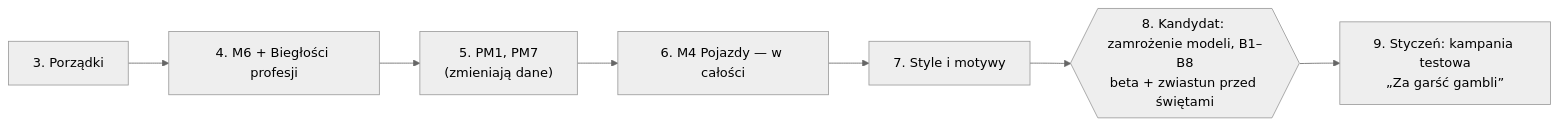
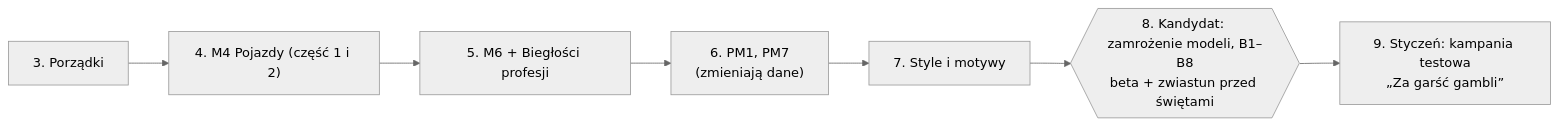
The first of 2 diagrams in PLAN_beta.md (jjanisze/FVTT-NOE), drawn with Mermaid (neutral theme) before and after one commit. The commit also changed other lines of this file and 2 other files, not shown here.

````diff
--- a/PLAN_beta.md
+++ b/PLAN_beta.md
@@ -31,9 +31,9 @@
 ```mermaid
 flowchart LR
-  P["3. Porządki"] --> M6["4. M6 + Biegłości profesji"]
-  M6 --> PM["5. PM1, PM7<br/>(zmieniają dane)"]
-  PM --> M4["6. M4 Pojazdy — w całości"]
-  M4 --> ST["7. Style i motywy"]
+  P["3. Porządki"] --> M4["4. M4 Pojazdy (część 1 i 2)"]
+  M4 --> M6["5. M6 + Biegłości profesji"]
+  M6 --> PM["6. PM1, PM7<br/>(zmieniają dane)"]
+  PM --> ST["7. Style i motywy"]
   ST --> RC{{"8. Kandydat: zamrożenie modeli, B1–B8<br/>beta + zwiastun przed świętami"}}
   RC --> GG["9. Styczeń: kampania testowa<br/>„Za garść gambli”"]
 ```
````
